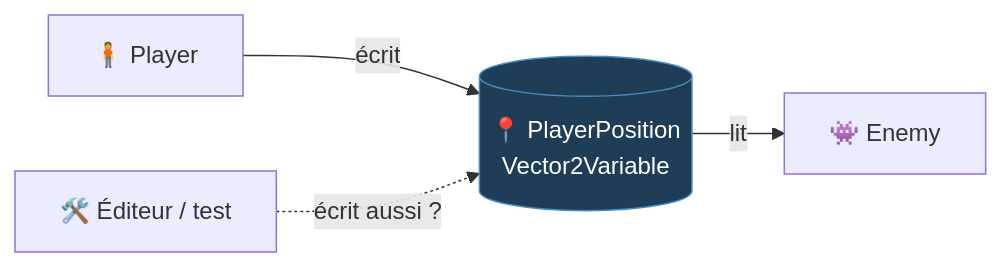
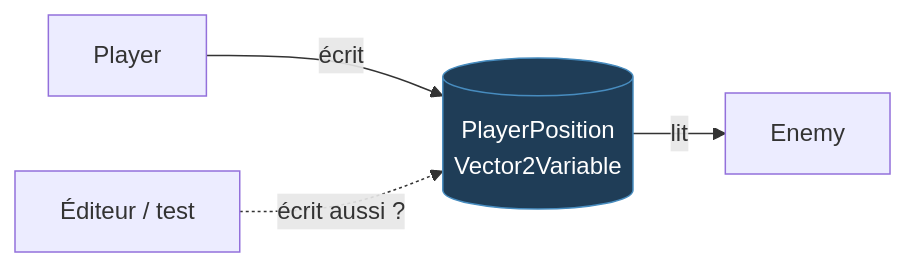
The second of 3 diagrams in presentation/slides.md (joranmarcy/Godot-MEDS-Comparison), drawn with Mermaid before and after one commit. The commit also changed other lines of this file, not shown here.

````diff
--- a/presentation/slides.md
+++ b/presentation/slides.md
@@ -715,8 +709,8 @@
 ```mermaid
 flowchart LR
-  Player["🧍 Player"] -- "écrit" --> PP[("📍 PlayerPosition<br/>Vector2Variable")]
-  PP -- "lit" --> Enemy["👾 Enemy"]
-  Editor["🛠️ Éditeur / test"] -. "écrit aussi ?" .-> PP
+  Player["Player"] -- "écrit" --> PP[("PlayerPosition<br/>Vector2Variable")]
+  PP -- "lit" --> Enemy["Enemy"]
+  Editor["Éditeur / test"] -. "écrit aussi ?" .-> PP
   classDef var fill:#1f3d57,stroke:#478cbf,color:#fff
   class PP var
 ```
````
